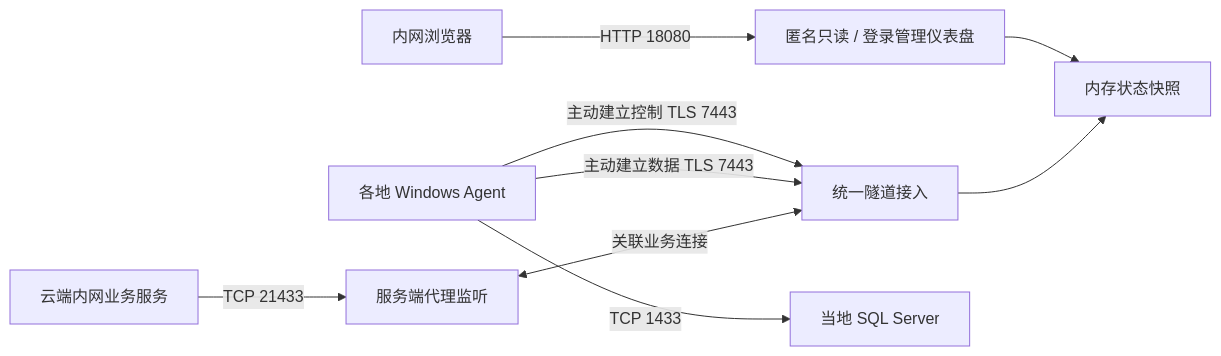
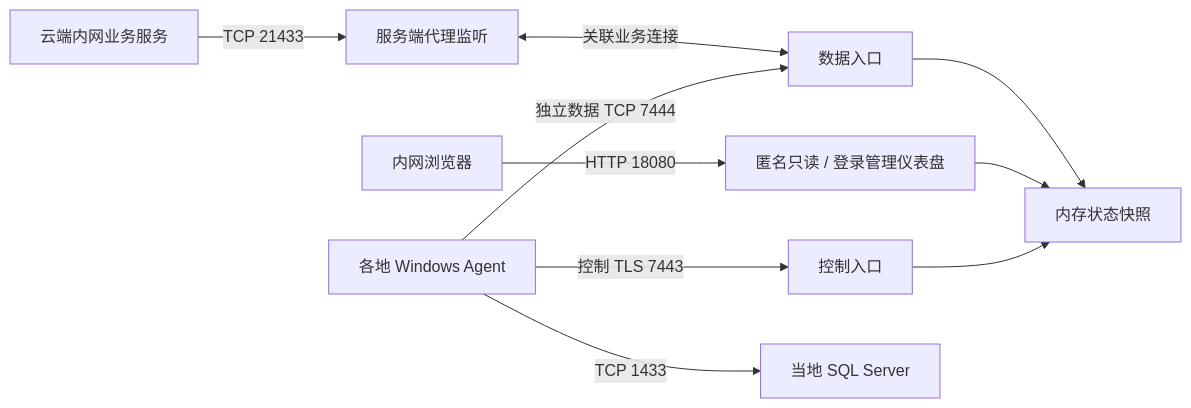
One commit to LazyWorkshopCreate/RelayLink changed the first of 3 diagrams in docs/design/technical-design.md. Above: the diagram before and after it, drawn with Mermaid. The commit also changed other lines of this file and 51 other files, not shown here.

````diff
--- a/docs/design/technical-design.md
+++ b/docs/design/technical-design.md
@@ -41,11 +41,12 @@
 ```mermaid
 flowchart LR
     App[云端内网业务服务] -->|TCP 21433| Proxy[服务端代理监听]
     Browser[内网浏览器] -->|HTTP 18080| Web[匿名只读 / 登录管理仪表盘]
-    Agent[各地 Windows Agent] -->|主动建立控制 TLS 7443| Tunnel[统一隧道接入]
-    Agent -->|主动建立数据 TLS 7443| Tunnel
-    Proxy <-->|关联业务连接| Tunnel
+    Agent[各地 Windows Agent] -->|控制 TLS 7443| Control[控制入口]
+    Agent -->|独立数据 TCP 7444| Data[数据入口]
+    Control --> State
+    Proxy <-->|关联业务连接| Data
     Agent -->|TCP 1433| SQL[当地 SQL Server]
     Web --> State[内存状态快照]
-    Tunnel --> State
+    Data --> State
 ```
````
